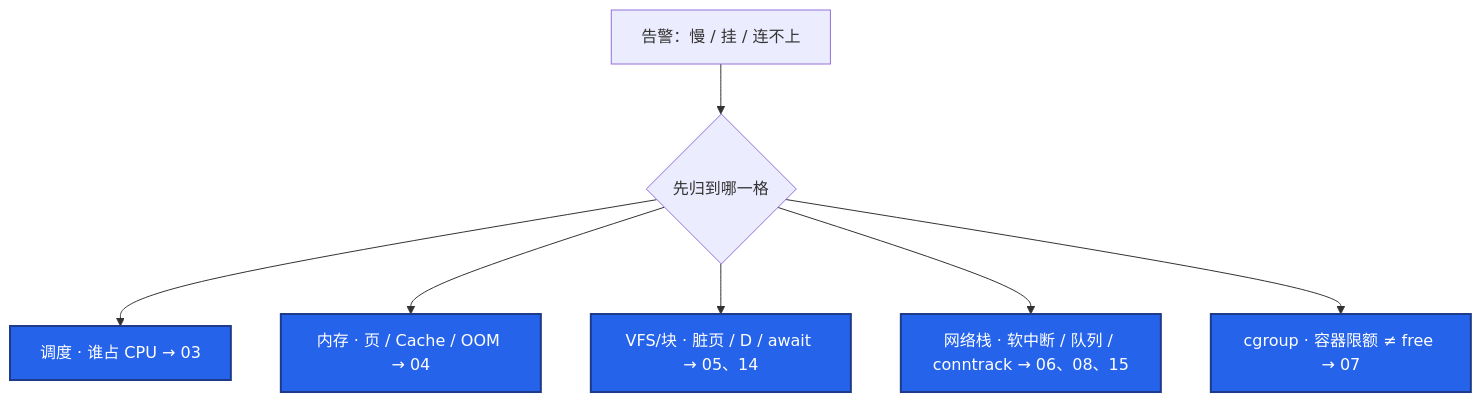
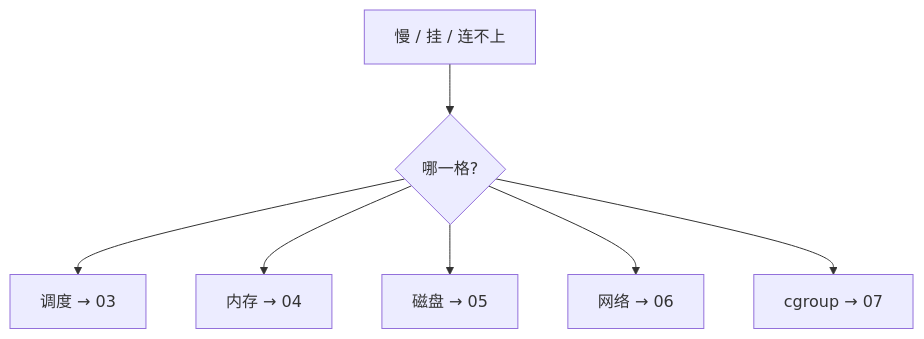
One commit to ml-cuizijun/LearnToLilith changed the sixth of 11 diagrams in 02-基础底座/01-内核与系统/知识点.md. Above: the diagram before and after it, drawn with Mermaid. The commit also changed other lines of this file and 213 other files, not shown here.

````diff
--- a/02-基础底座/01-内核与系统/知识点.md
+++ b/02-基础底座/01-内核与系统/知识点.md
@@ -257,12 +207,9 @@
 ```mermaid
 flowchart TB
-    A[告警：慢 / 挂 / 连不上] --> B{先归到哪一格}
-    B --> C["调度 · 谁占 CPU → 03"]
-    B --> D["内存 · 页 / Cache / OOM → 04"]
-    B --> E["VFS/块 · 脏页 / D / await → 05、14"]
-    B --> F["网络栈 · 软中断 / 队列 / conntrack → 06、08、15"]
-    B --> G["cgroup · 容器限额 ≠ free → 07"]
-
-    classDef a fill:#2563EB,stroke:#1E3A8A,stroke-width:2px,color:#fff
-    class C,D,E,F,G a
+    A[慢 / 挂 / 连不上] --> B{哪一格?}
+    B --> C[调度 → 03]
+    B --> D[内存 → 04]
+    B --> E[磁盘 → 05]
+    B --> F[网络 → 06]
+    B --> G[cgroup → 07]
 ```
````
